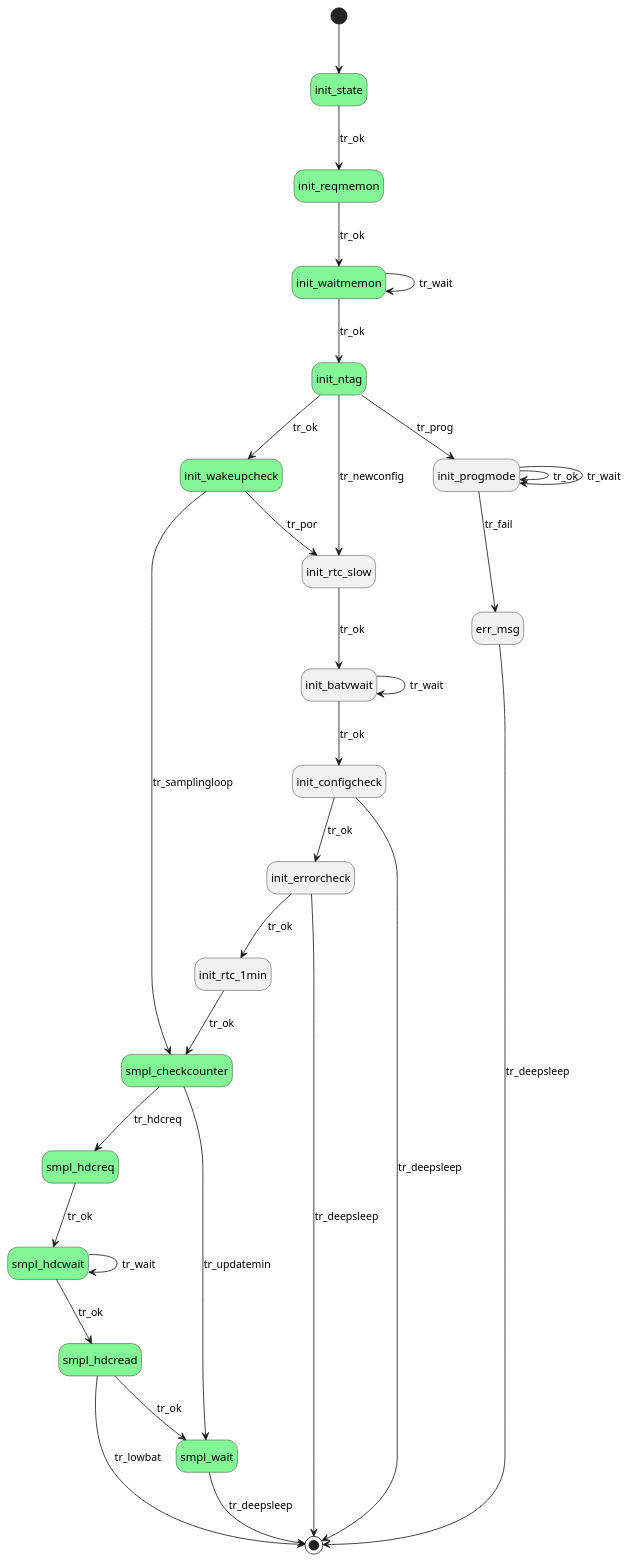
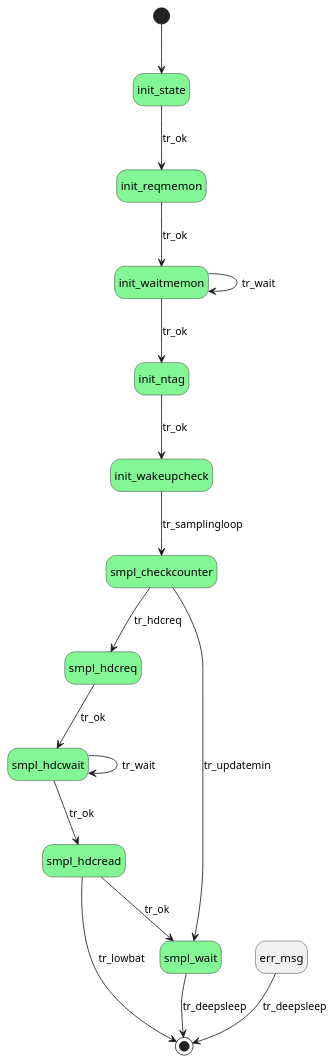
One commit to cuplsensor/cupltag changed the diagram in docs/firmware/statechart/samplingloop.rst. Above: the diagram before and after it, drawn with PlantUML. The commit also changed 3 other files, not shown here.

Commit message:
Removed unused states from the state charts

```diff
--- a/docs/firmware/statechart/samplingloop.rst
+++ b/docs/firmware/statechart/samplingloop.rst
@@ -13,55 +13,35 @@
 .. uml::
    :caption: The state machine runs each minute in the sampling loop.
    :width: 100%
 
    @startuml
         hide empty description
         [*] --> init_state
 
         init_state #83f795 --> init_reqmemon: tr_ok
 
         init_reqmemon #83f795 --> init_waitmemon: tr_ok
 
         init_waitmemon #83f795 --> init_ntag: tr_ok
         init_waitmemon --> init_waitmemon: tr_wait
 
         init_ntag #83f795 --> init_wakeupcheck: tr_ok
-        init_ntag --> init_rtc_slow: tr_newconfig
-        init_ntag --> init_progmode: tr_prog
 
-        init_progmode --> init_progmode: tr_ok
-        init_progmode --> init_progmode: tr_wait
-        init_progmode --> err_msg: tr_fail
-
-        init_wakeupcheck #83f795 --> init_rtc_slow: tr_por
-        init_wakeupcheck --> smpl_checkcounter: tr_samplingloop
-
-        init_rtc_slow  --> init_batvwait: tr_ok
-        
-        init_batvwait --> init_configcheck: tr_ok
-        init_batvwait --> init_batvwait: tr_wait
-
-        init_configcheck --> init_errorcheck: tr_ok
-        init_configcheck --> [*]: tr_deepsleep
-
-        init_errorcheck  --> init_rtc_1min: tr_ok
-        init_errorcheck --> [*]: tr_deepsleep
-
-        init_rtc_1min  --> smpl_checkcounter: tr_ok
+        init_wakeupcheck #83f795 --> smpl_checkcounter: tr_samplingloop
 
         smpl_checkcounter #83f795  --> smpl_hdcreq: tr_hdcreq
         smpl_checkcounter --> smpl_wait: tr_updatemin
 
         smpl_hdcreq #83f795 --> smpl_hdcwait: tr_ok
 
         smpl_hdcwait #83f795  --> smpl_hdcread: tr_ok
         smpl_hdcwait --> smpl_hdcwait: tr_wait
 
         smpl_hdcread #83f795 --> smpl_wait: tr_ok
         smpl_hdcread --> [*]: tr_lowbat
 
         smpl_wait #83f795  --> [*]: tr_deepsleep
 
         err_msg  --> [*]: tr_deepsleep
 
         @enduml
```
